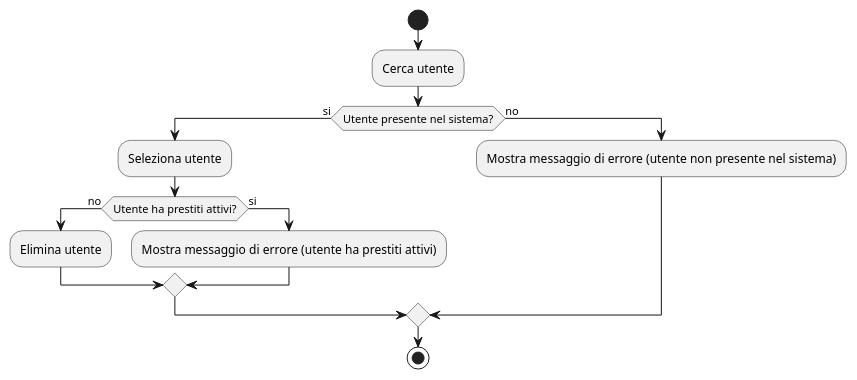
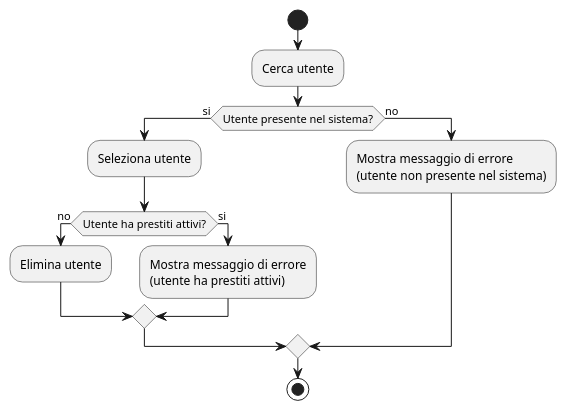
Before and after one commit to Meziu/easylibrary: the diagram in docs/uml/DiagrammiAttività/DiagrammaEliminaUtente.puml, drawn with PlantUML. The commit also changed 5 other files, not shown here.

Commit message:
Migliorie diagrammi di attività

```diff
--- a/docs/uml/DiagrammiAttività/DiagrammaEliminaUtente.puml
+++ b/docs/uml/DiagrammiAttività/DiagrammaEliminaUtente.puml
@@ -1,16 +1,18 @@
 @startuml
 start
 :Cerca utente;
 if (Utente presente nel sistema?) then (si)
     :Seleziona utente;
     if(Utente ha prestiti attivi?) then (no)
         :Elimina utente;
     else (si)
-        :Mostra messaggio di errore (utente ha prestiti attivi);
+        :Mostra messaggio di errore
+        (utente ha prestiti attivi);
     endif
 else (no)
-:Mostra messaggio di errore (utente non presente nel sistema);
+:Mostra messaggio di errore
+(utente non presente nel sistema);
 endif
 
 stop
 @enduml
```
